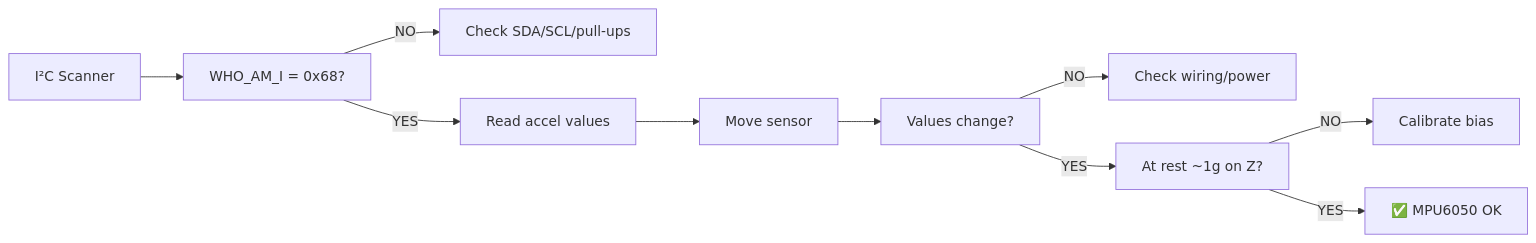
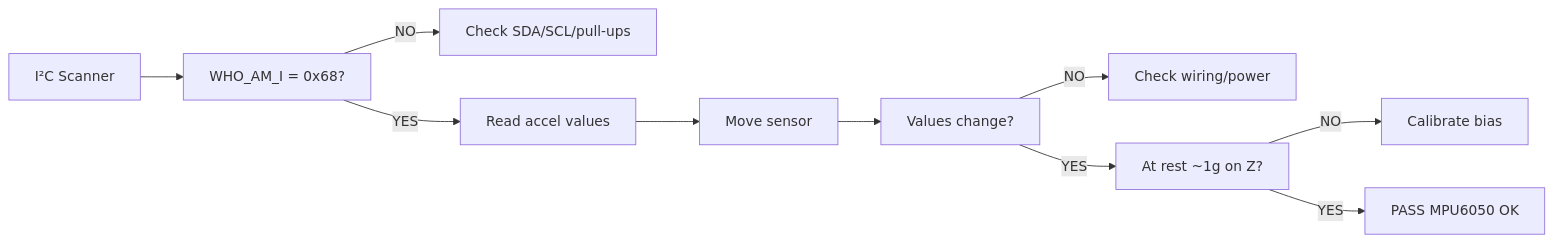
Before and after one commit to qppd/smart-vehicle-impact-detection-device: the third of 8 diagrams in docs/TESTING.md, drawn with Mermaid. The commit also changed other lines of this file and 10 other files, not shown here.

````diff
--- a/docs/TESTING.md
+++ b/docs/TESTING.md
@@ -75,12 +75,12 @@
 ```mermaid
 flowchart LR
     SCAN["I²C Scanner"] --> WHO["WHO_AM_I = 0x68?"]
     WHO -->|NO| CHECK_I2C["Check SDA/SCL/pull-ups"]
     WHO -->|YES| DATA["Read accel values"]
     DATA --> MOVE["Move sensor"]
     MOVE --> CHANGES["Values change?"]
     CHANGES -->|NO| CHECK_MPU["Check wiring/power"]
     CHANGES -->|YES| REST["At rest ~1g on Z?"]
     REST -->|NO| CALIB["Calibrate bias"]
-    REST -->|YES| MPU6050_OK["✅ MPU6050 OK"]
+    REST -->|YES| MPU6050_OK["PASS MPU6050 OK"]
 ```
````
